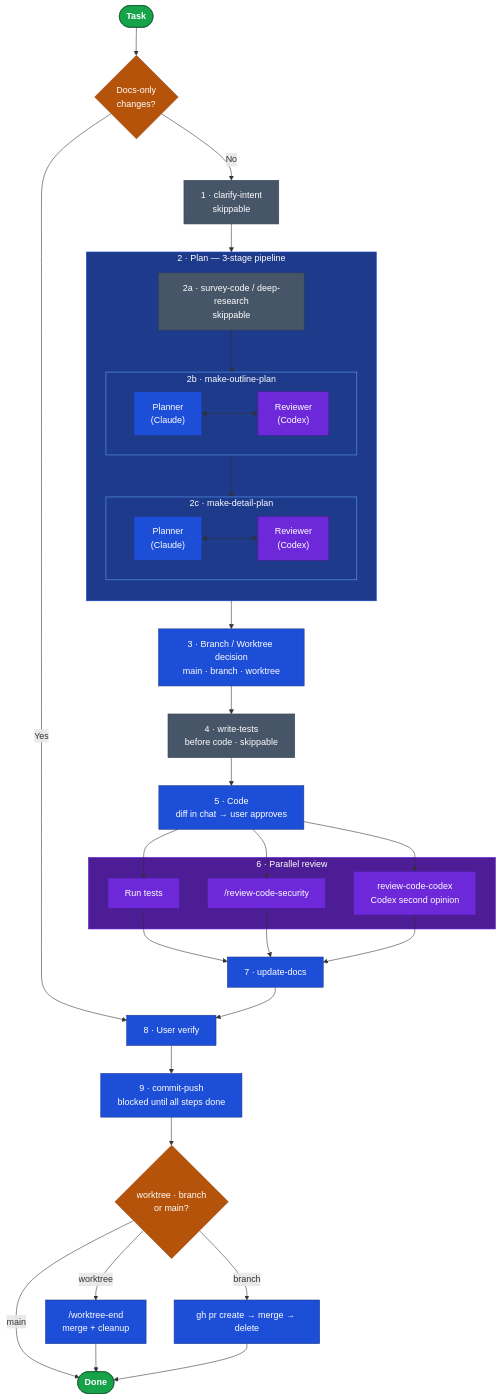
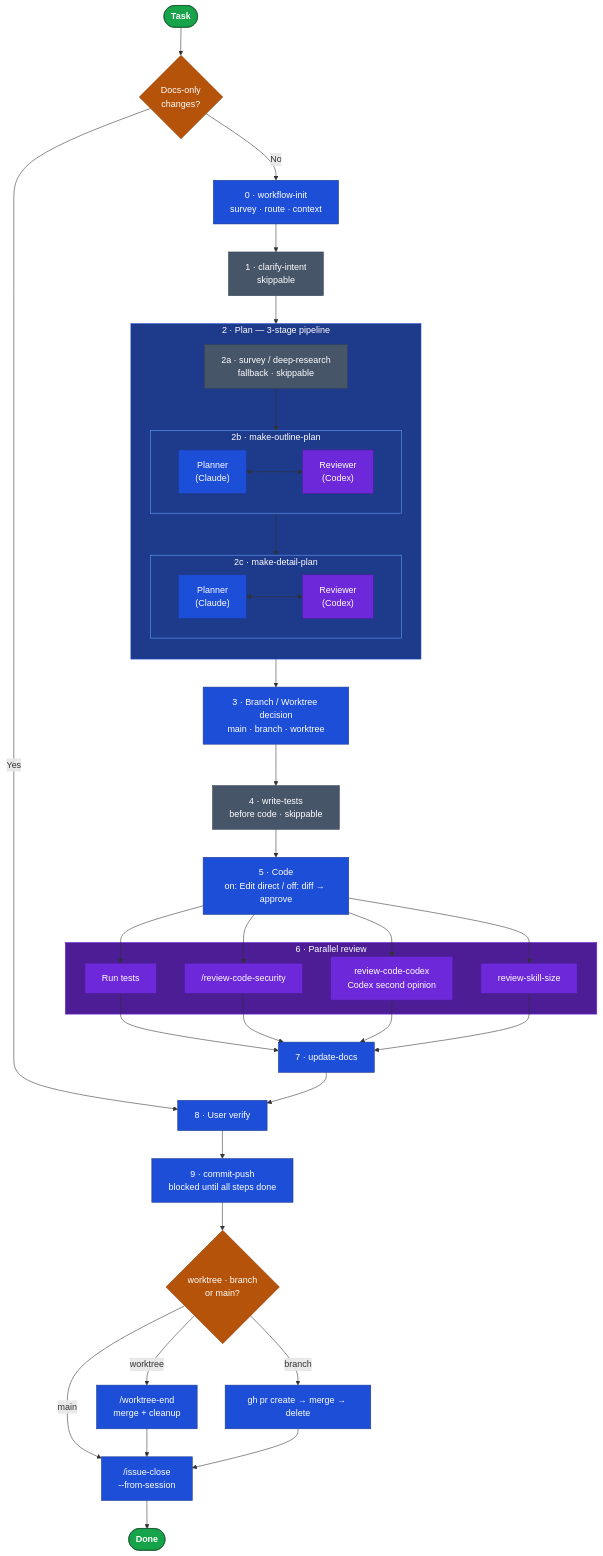
One commit to nirecom/agents changed the diagram in README.md. Above: the diagram before and after it, drawn with Mermaid.

Commit message:
docs(#348): update workflow mermaid chart — add workflow-init, issue-close, review-skill-size
- Add S0 (workflow-init) as Step 0, route DocCheck -- No --> S0 --> S1
- Mark P2a as fallback (surveys now run inside workflow-init)
- Add S6d (review-skill-size) as fourth parallel lane in Review subgraph
- Add IC (issue-close --from-session) as convergence node after all Cleanup paths
- Update S5 label to reflect both ENFORCE_WORKTREE modes (on: Edit direct / off: diff → approve)
- Update class assignments for new nodes (S0, IC → required; S6d → parallel)

````diff
--- a/README.md
+++ b/README.md
@@ -23,62 +23,65 @@
 ```mermaid
 flowchart TD
     classDef terminal  fill:#16a34a,stroke:#14532d,color:#fff,font-weight:bold
     classDef decision  fill:#b45309,stroke:#92400e,color:#fff
     classDef skippable fill:#475569,stroke:#334155,color:#fff
     classDef required  fill:#1d4ed8,stroke:#1e3a8a,color:#fff
     classDef parallel  fill:#6d28d9,stroke:#4c1d95,color:#fff
 
     Task([Task]) --> DocCheck{Docs-only<br/>changes?}
     DocCheck -- Yes --> UV["8 · User verify"]
-    DocCheck -- No  --> S1["1 · clarify-intent<br/>skippable"]
+    DocCheck -- No  --> S0["0 · workflow-init<br/>survey · route · context"]
 
-    S1 --> P2a
+    S0  --> S1["1 · clarify-intent<br/>skippable"]
+    S1  --> P2a
 
     subgraph Plan["2 · Plan  —  3-stage pipeline"]
         direction TB
-        P2a["2a · survey-code / deep-research<br/>skippable"] --> P2b_sg
+        P2a["2a · survey / deep-research<br/>fallback · skippable"] --> P2b_sg
         subgraph P2b_sg["2b · make-outline-plan"]
             direction LR
             P2b_L["Planner<br/>(Claude)"] <--> P2b_R["Reviewer<br/>(Codex)"]
         end
         P2b_sg --> P2c_sg
         subgraph P2c_sg["2c · make-detail-plan"]
             direction LR
             P2c_L["Planner<br/>(Claude)"] <--> P2c_R["Reviewer<br/>(Codex)"]
         end
     end
 
     Plan --> S3["3 · Branch / Worktree decision<br/>main · branch · worktree"]
     S3   --> S4["4 · write-tests<br/>before code · skippable"]
-    S4   --> S5["5 · Code<br/>diff in chat → user approves"]
+    S4   --> S5["5 · Code<br/>on: Edit direct / off: diff → approve"]
 
-    S5 --> S6a & S6b & S6c
+    S5 --> S6a & S6b & S6c & S6d
 
     subgraph Review["6 · Parallel review"]
         S6a["Run tests"]
         S6b["/review-code-security"]
         S6c["review-code-codex<br/>Codex second opinion"]
+        S6d["review-skill-size"]
     end
 
-    S6a & S6b & S6c --> S7["7 · update-docs"]
+    S6a & S6b & S6c & S6d --> S7["7 · update-docs"]
     S7 --> UV
     UV --> S9["9 · commit-push<br/>blocked until all steps done"]
 
     S9 --> Cleanup{worktree · branch<br/>or main?}
     Cleanup -- worktree --> WE["/worktree-end<br/>merge + cleanup"]
     Cleanup -- branch   --> PR["gh pr create → merge → delete"]
-    Cleanup -- main     --> Done([Done])
-    WE --> Done
-    PR --> Done
+    Cleanup -- main     --> IC["/issue-close<br/>--from-session"]
+    WE --> IC
+    PR --> IC
+    IC --> Done([Done])
 
     style Plan   fill:#1e3a8a,stroke:#1d4ed8,color:#fff
     style P2b_sg fill:#1e3a8a,stroke:#60a5fa,color:#fff
     style P2c_sg fill:#1e3a8a,stroke:#60a5fa,color:#fff
     style Review fill:#4c1d95,stroke:#6d28d9,color:#fff
 
     class Task,Done terminal
     class DocCheck,Cleanup decision
     class S1,P2a,S4 skippable
-    class P2b_L,P2c_L,S3,S5,S7,UV,S9,WE,PR required
-    class P2b_R,P2c_R,S6a,S6b,S6c parallel
+    class P2b_L,P2c_L,S0,S3,S5,S7,UV,S9,WE,PR,IC required
+    class P2b_R,P2c_R,S6a,S6b,S6c,S6d parallel
 ```
````
